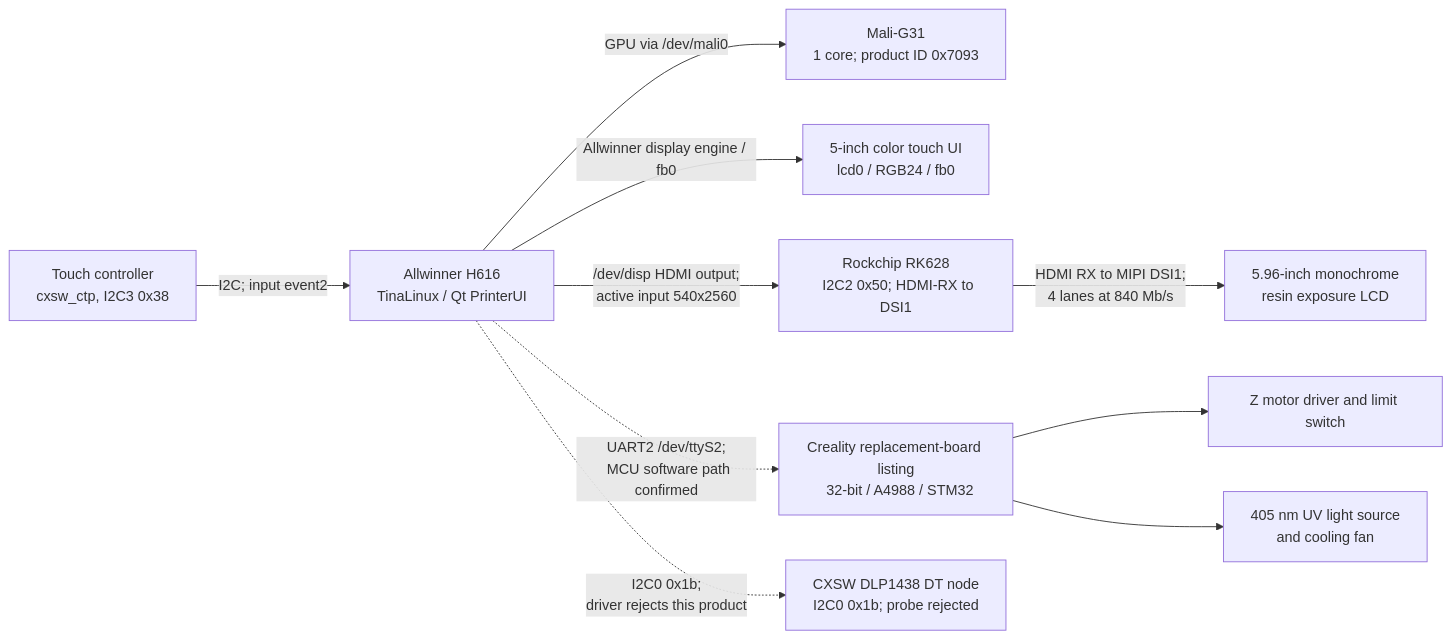
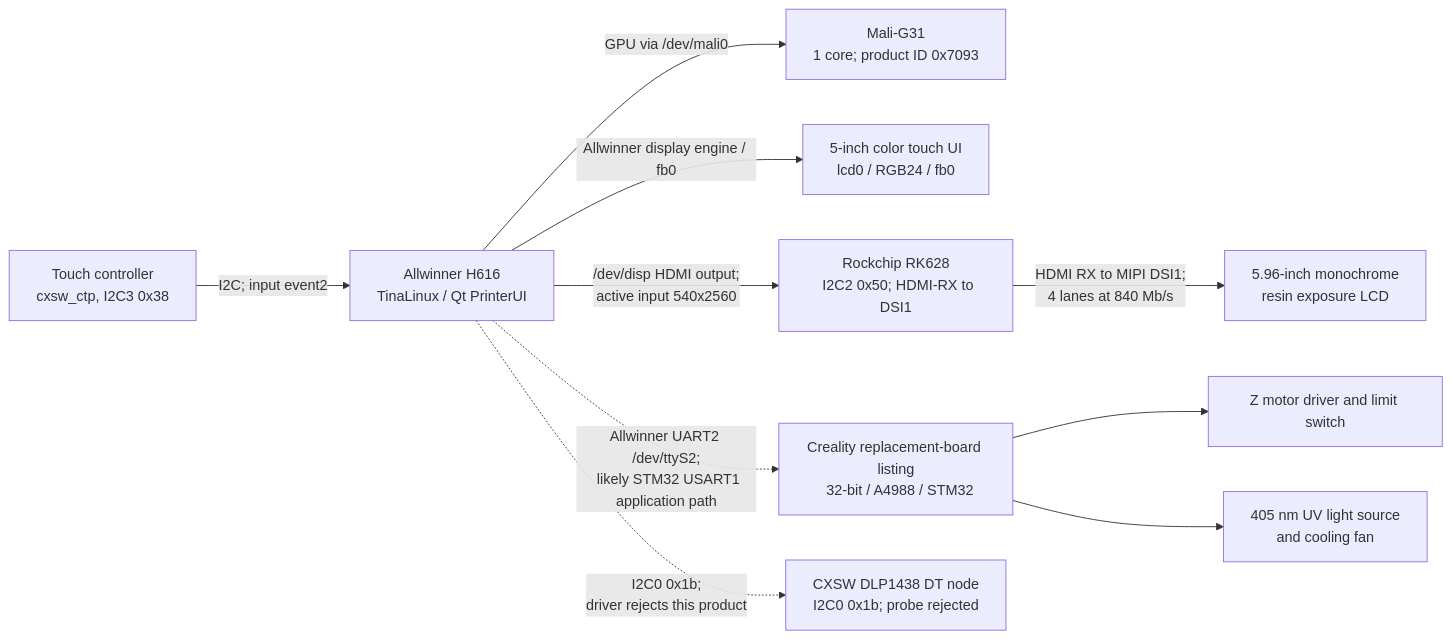
Before and after one commit to Mar2ianen/open-halot-one: the diagram in docs/hardware-map.md, drawn with Mermaid. The commit also changed 5 other files, not shown here.

Commit message:
docs: recover STM32 USART1 framing and status state

````diff
--- a/docs/hardware-map.md
+++ b/docs/hardware-map.md
@@ -5,35 +5,35 @@
 ```mermaid
 flowchart LR
   H[Allwinner H616
   TinaLinux / Qt PrinterUI]
   G[Mali-G31
   1 core; product ID 0x7093]
   T[5-inch color touch UI
   lcd0 / RGB24 / fb0]
   C[Touch controller
   cxsw_ctp, I2C3 0x38]
   M[Creality replacement-board listing
   32-bit / A4988 / STM32]
   Z[Z motor driver and limit switch]
   U[405 nm UV light source
   and cooling fan]
   L[5.96-inch monochrome
   resin exposure LCD]
   R[Rockchip RK628
   I2C2 0x50; HDMI-RX to DSI1]
   D[CXSW DLP1438 DT node
   I2C0 0x1b; probe rejected]
   H -->|GPU via /dev/mali0| G
   H -->|Allwinner display engine / fb0| T
   C -->|I2C; input event2| H
   H -->|/dev/disp HDMI output;
   active input 540x2560| R
   R -->|HDMI RX to MIPI DSI1;
   4 lanes at 840 Mb/s| L
-  H -.->|UART2 /dev/ttyS2;
-  MCU software path confirmed| M
+  H -.->|Allwinner UART2 /dev/ttyS2;
+  likely STM32 USART1 application path| M
   H -.->|I2C0 0x1b;
   driver rejects this product| D
   M --> Z
   M --> U
 ```
````
